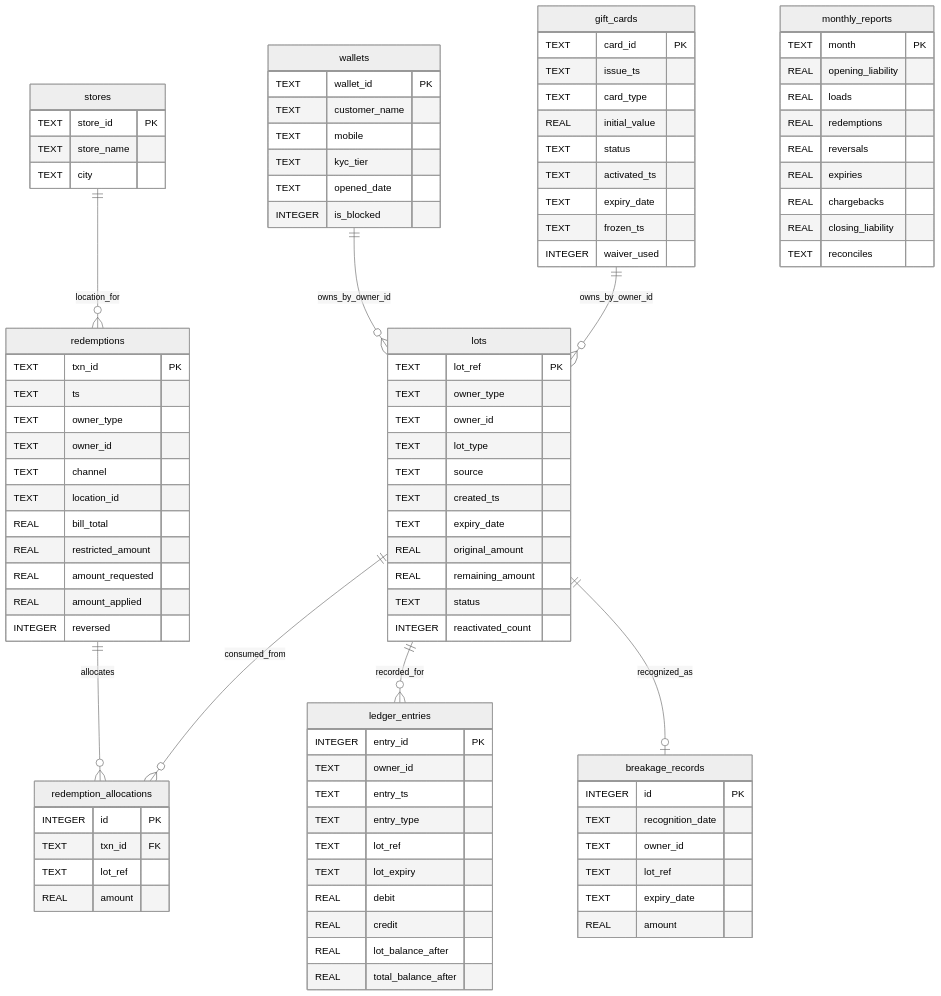
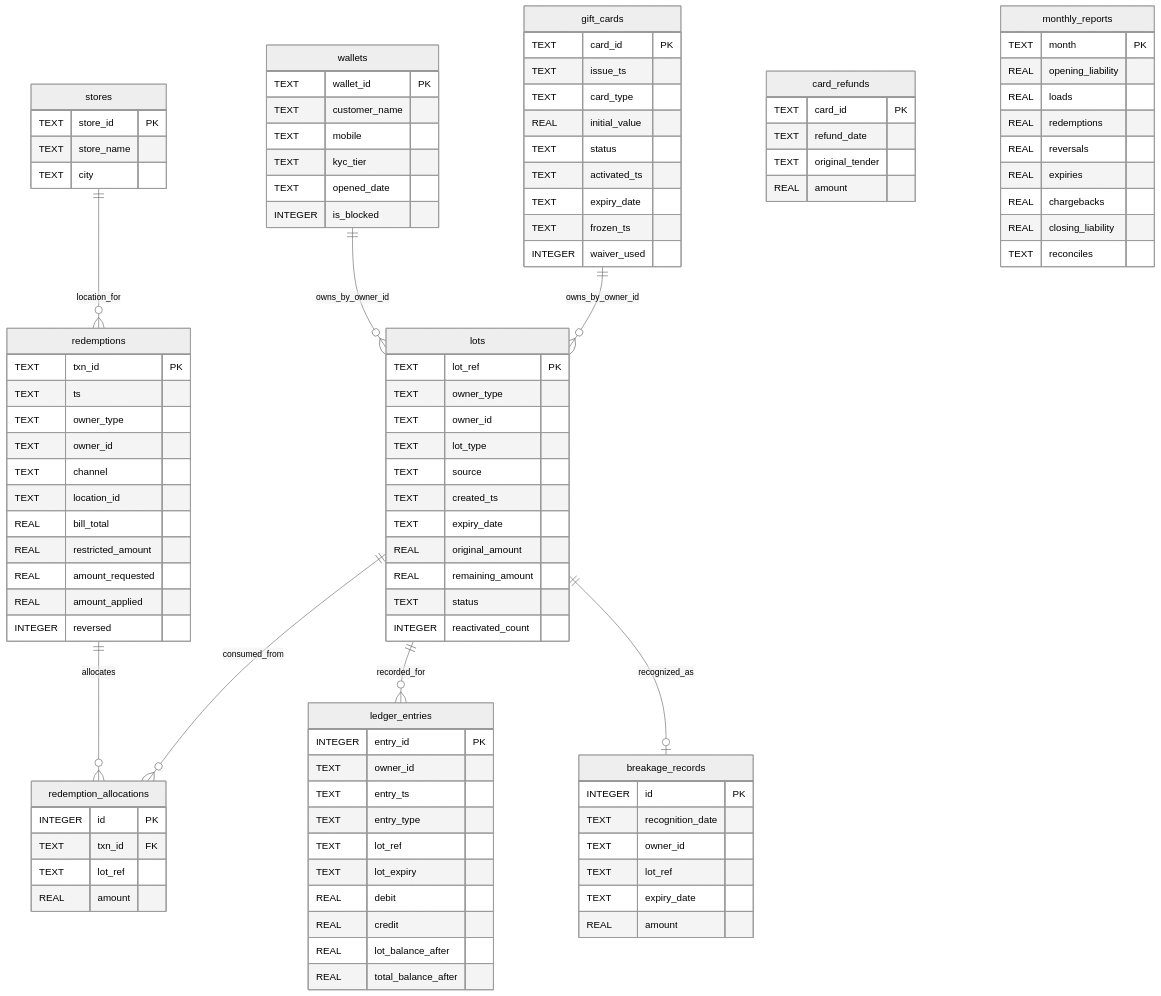
One commit to shreyas20541-droid/T037-PS-054 changed the first of 2 diagrams in docs/DESIGN_DOCUMENT.md. Above: the diagram before and after it, drawn with Mermaid (neutral theme). The commit also changed other lines of this file and 11 other files, not shown here.

```diff
--- a/docs/DESIGN_DOCUMENT.md
+++ b/docs/DESIGN_DOCUMENT.md
@@ -46,6 +46,12 @@
         TEXT expiry_date
         TEXT frozen_ts
         INTEGER waiver_used
+    }
+    card_refunds {
+        TEXT card_id PK
+        TEXT refund_date
+        TEXT original_tender
+        REAL amount
     }
     lots {
         TEXT lot_ref PK
```
